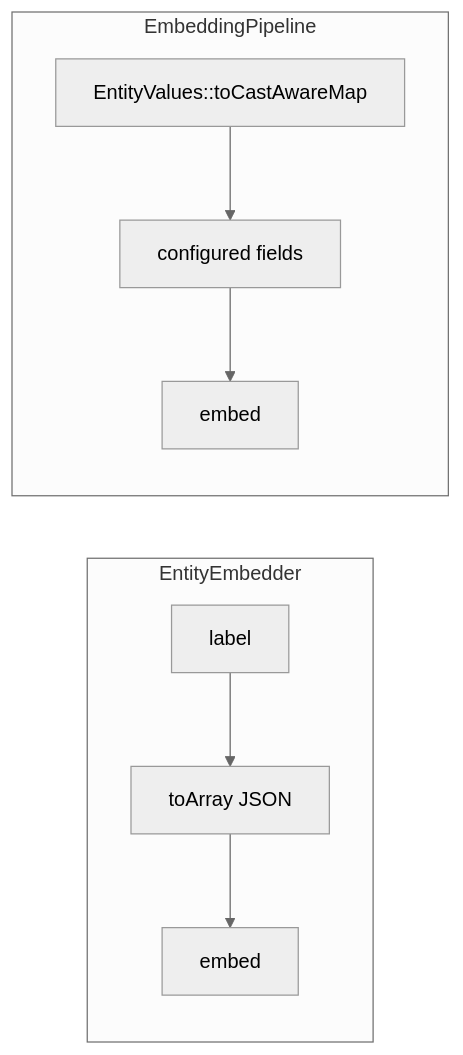
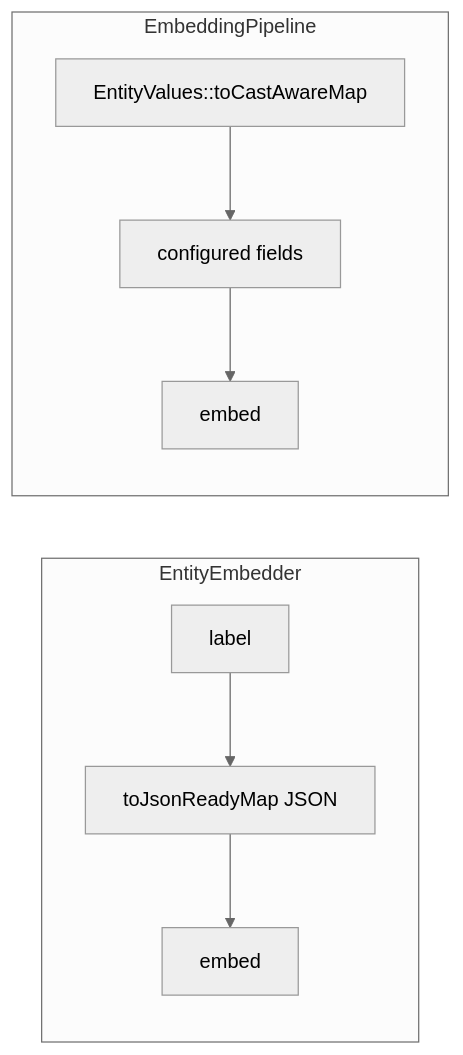
Before and after one commit to jonesrussell/waaseyaa: the diagram in docs/specs/ai-integration.md, drawn with Mermaid (neutral theme). The commit also changed other lines of this file and 9 other files, not shown here.

````diff
--- a/docs/specs/ai-integration.md
+++ b/docs/specs/ai-integration.md
@@ -651,11 +656,11 @@
 ```mermaid
 flowchart LR
-  subgraph legacy["EntityEmbedder"]
-    L[label] --> T1[toArray JSON]
+  subgraph embedder["EntityEmbedder"]
+    L[label] --> T1["toJsonReadyMap JSON"]
     T1 --> E1[embed]
   end
-  subgraph modern["EmbeddingPipeline"]
+  subgraph pipeline["EmbeddingPipeline"]
     M[EntityValues::toCastAwareMap] --> F[configured fields]
     F --> E2[embed]
   end
 ```
````
